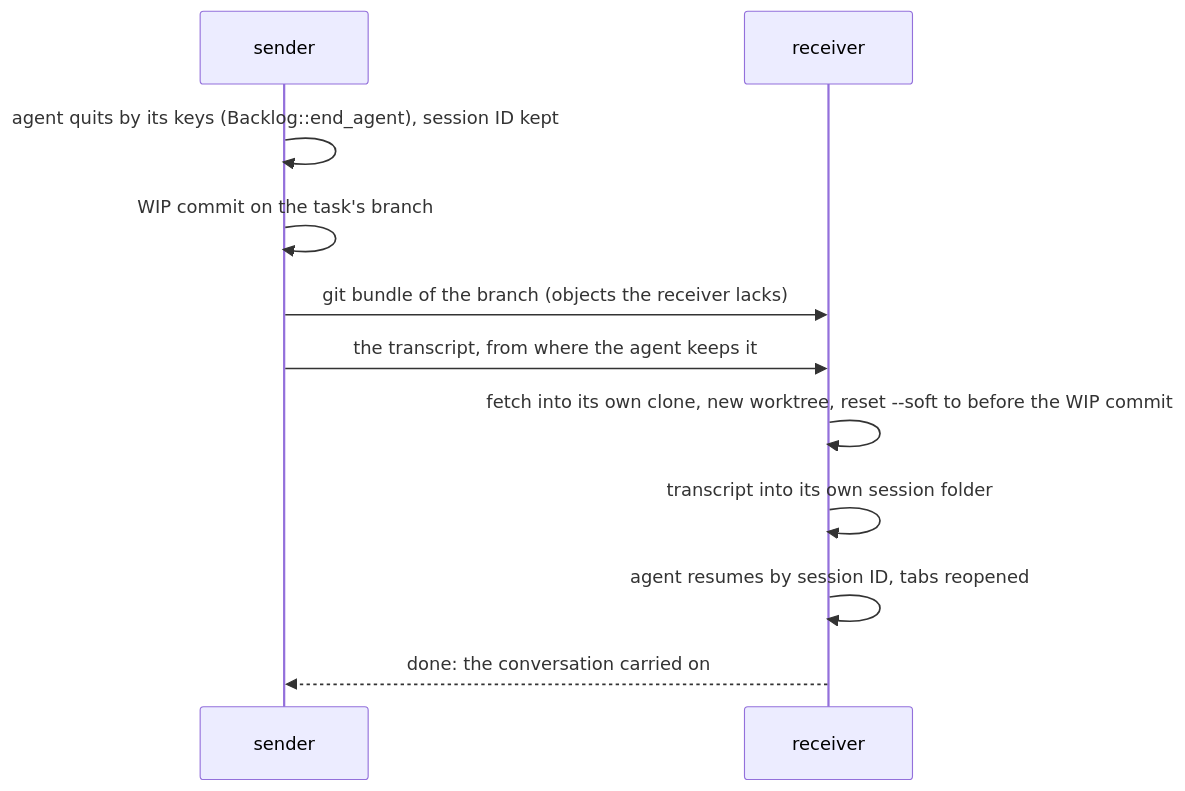
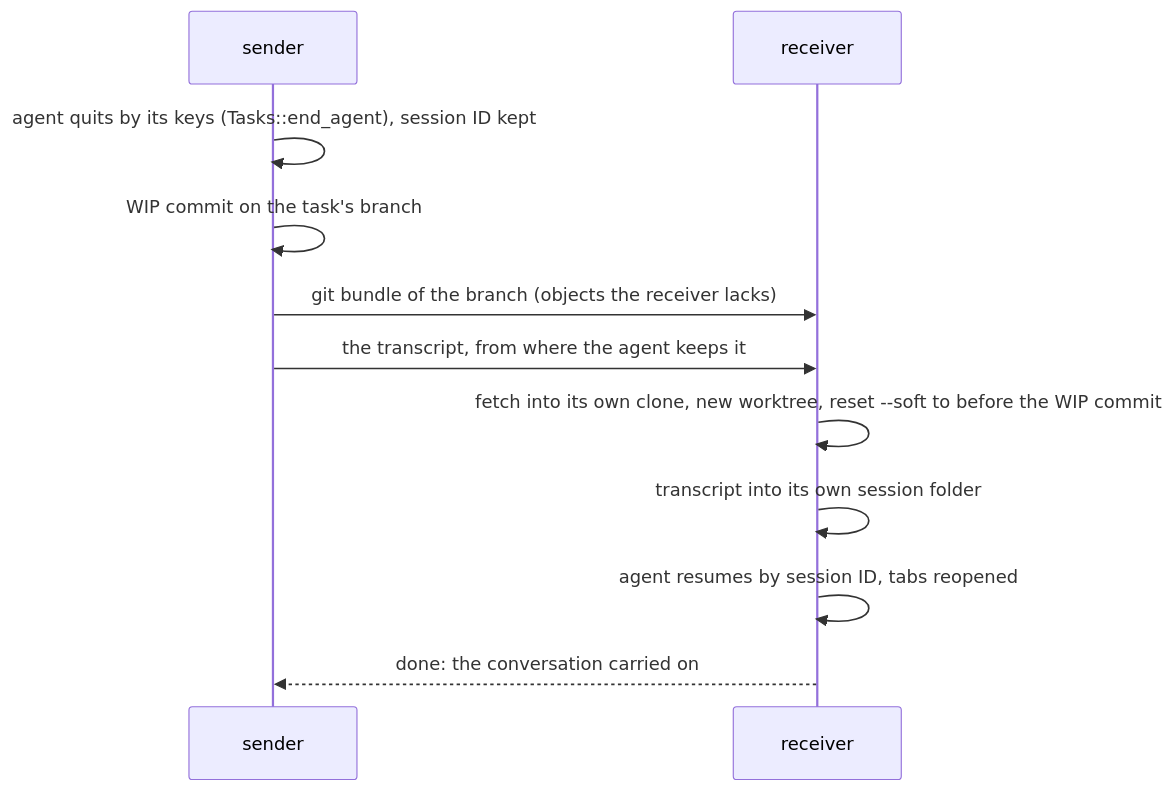
One commit to tampopogk/kanna changed the second of 2 diagrams in docs/specs/machine-tasks.md. Above: the diagram before and after it, drawn with Mermaid. The commit also changed 28 other files, not shown here.

````diff
--- a/docs/specs/machine-tasks.md
+++ b/docs/specs/machine-tasks.md
@@ -50,13 +50,13 @@
 ```mermaid
 sequenceDiagram
     participant S as sender
     participant R as receiver
-    S->>S: agent quits by its keys (Backlog::end_agent), session ID kept
+    S->>S: agent quits by its keys (Tasks::end_agent), session ID kept
     S->>S: WIP commit on the task's branch
     S->>R: git bundle of the branch (objects the receiver lacks)
     S->>R: the transcript, from where the agent keeps it
     R->>R: fetch into its own clone, new worktree, reset --soft to before the WIP commit
     R->>R: transcript into its own session folder
     R->>R: agent resumes by session ID, tabs reopened
     R-->>S: done: the conversation carried on
 ```
````
